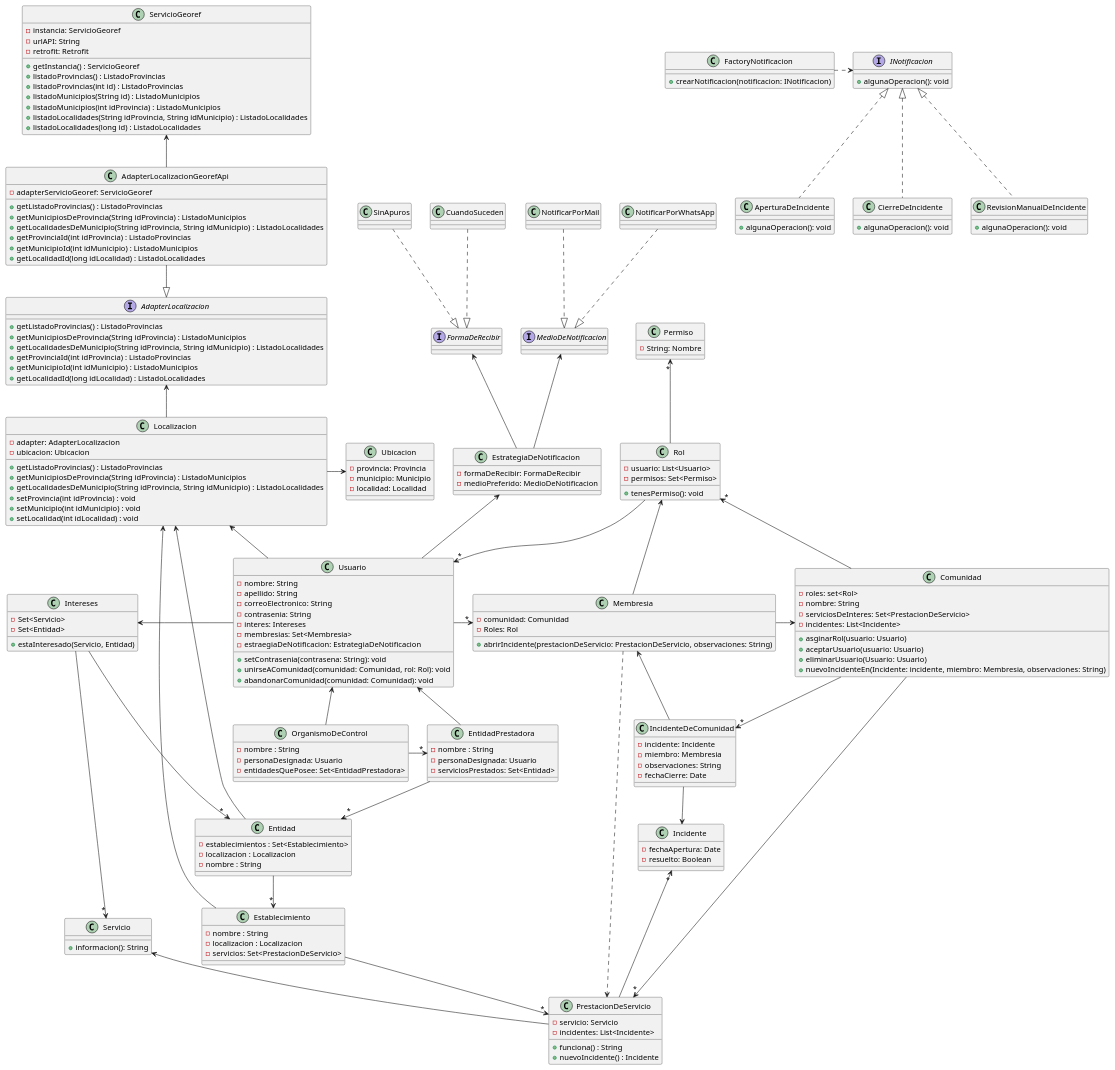
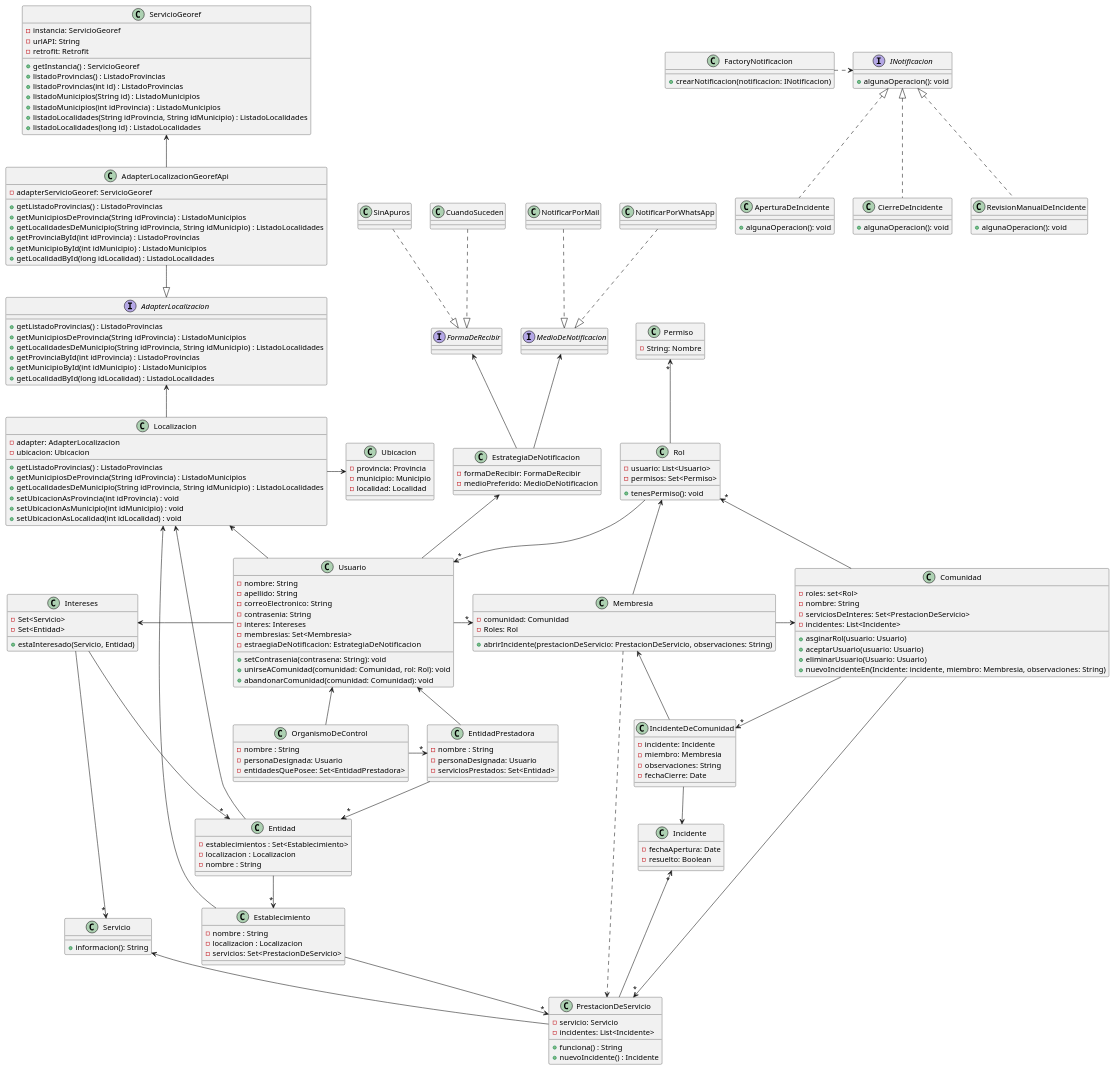
Before and after one commit to AndyTrias/comunidades-apoyo-movilidad-reducida-: the diagram in Entregables/DiagramaDeClases.wsd, drawn with PlantUML. The commit also changed 4 other files, not shown here.

```diff
--- a/Entregables/DiagramaDeClases.wsd
+++ b/Entregables/DiagramaDeClases.wsd
@@ -101,9 +101,9 @@
     + getListadoProvincias() : ListadoProvincias
     + getMunicipiosDeProvincia(String idProvincia) : ListadoMunicipios
     + getLocalidadesDeMunicipio(String idProvincia, String idMunicipio) : ListadoLocalidades
-    + setProvincia(int idProvincia) : void
-    + setMunicipio(int idMunicipio) : void
-    + setLocalidad(int idLocalidad) : void
+    + setUbicacionAsProvincia(int idProvincia) : void
+    + setUbicacionAsMunicipio(int idMunicipio) : void
+    + setUbicacionAsLocalidad(int idLocalidad) : void
 }
 
 
@@ -113,9 +113,9 @@
     + getListadoProvincias() : ListadoProvincias
     + getMunicipiosDeProvincia(String idProvincia) : ListadoMunicipios
     + getLocalidadesDeMunicipio(String idProvincia, String idMunicipio) : ListadoLocalidades
-    + getProvinciaId(int idProvincia) : ListadoProvincias
-    + getMunicipioId(int idMunicipio) : ListadoMunicipios
-    + getLocalidadId(long idLocalidad) : ListadoLocalidades
+    + getProvinciaById(int idProvincia) : ListadoProvincias
+    + getMunicipioById(int idMunicipio) : ListadoMunicipios
+    + getLocalidadById(long idLocalidad) : ListadoLocalidades
 }
 
 
@@ -127,9 +127,9 @@
     + getListadoProvincias() : ListadoProvincias
     + getMunicipiosDeProvincia(String idProvincia) : ListadoMunicipios
     + getLocalidadesDeMunicipio(String idProvincia, String idMunicipio) : ListadoLocalidades
-    + getProvinciaId(int idProvincia) : ListadoProvincias
-    + getMunicipioId(int idMunicipio) : ListadoMunicipios
-    + getLocalidadId(long idLocalidad) : ListadoLocalidades
+    + getProvinciaById(int idProvincia) : ListadoProvincias
+    + getMunicipioById(int idMunicipio) : ListadoMunicipios
+    + getLocalidadById(long idLocalidad) : ListadoLocalidades
 }
 
 
```
